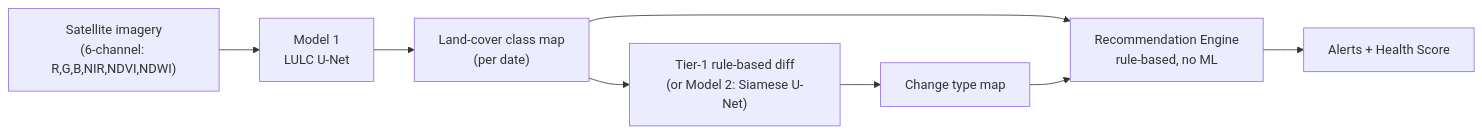
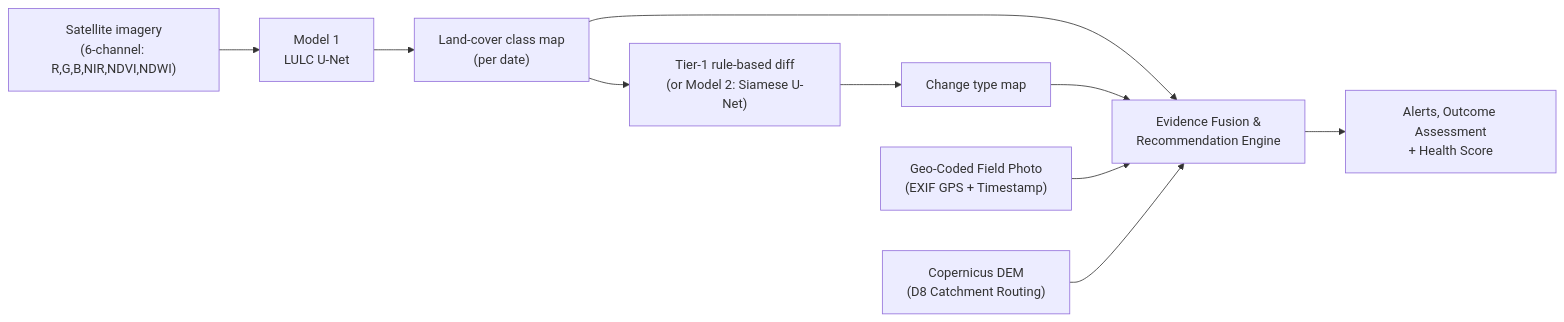
One commit to abhayshaw1601/watershed_SIH changed the diagram in README.md. Above: the diagram before and after it, drawn with Mermaid. The commit also changed other lines of this file and 22 other files, not shown here.

````diff
--- a/README.md
+++ b/README.md
@@ -23,10 +24,12 @@
 ```mermaid
 flowchart LR
     A["Satellite imagery\n(6-channel: R,G,B,NIR,NDVI,NDWI)"] --> B["Model 1\nLULC U-Net"]
     B --> C["Land-cover class map\n(per date)"]
     C --> D["Tier-1 rule-based diff\n(or Model 2: Siamese U-Net)"]
     D --> E["Change type map"]
-    C --> F["Recommendation Engine\nrule-based, no ML"]
+    C --> F["Evidence Fusion &\nRecommendation Engine"]
     E --> F
-    F --> G["Alerts + Health Score"]
+    H["Geo-Coded Field Photo\n(EXIF GPS + Timestamp)"] --> F
+    I["Copernicus DEM\n(D8 Catchment Routing)"] --> F
+    F --> G["Alerts, Outcome Assessment\n+ Health Score"]
 ```
````
